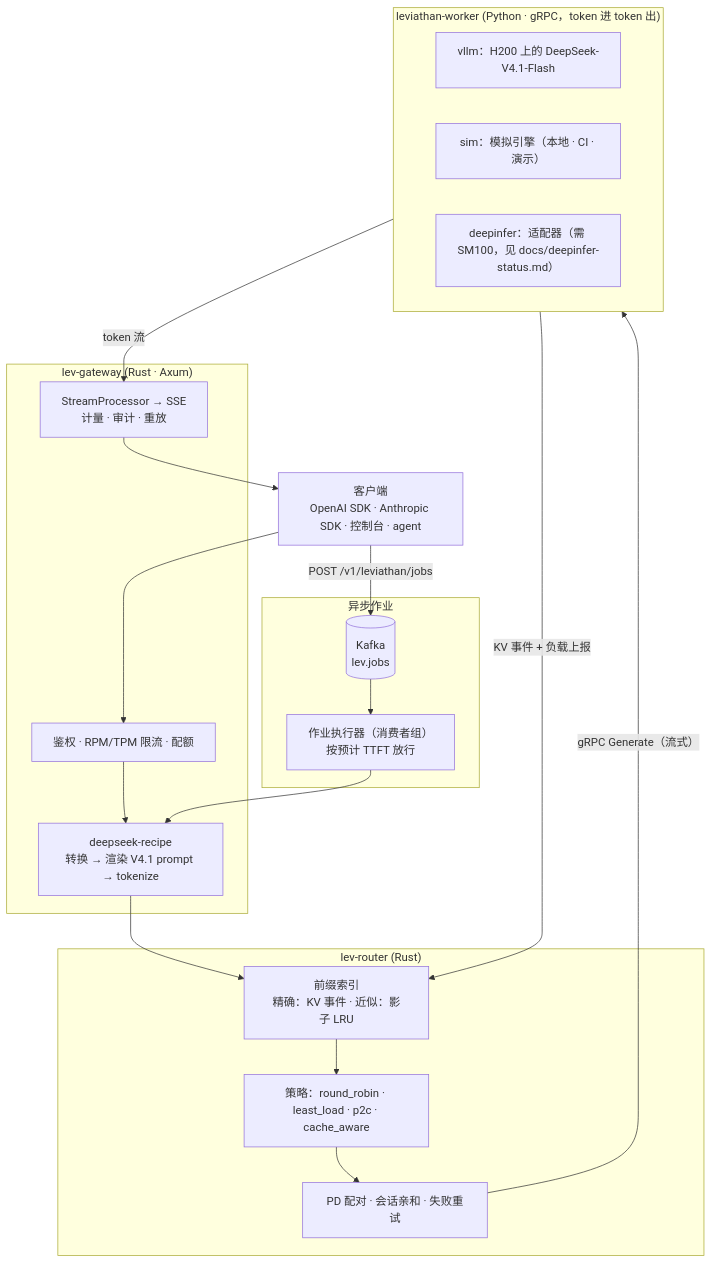
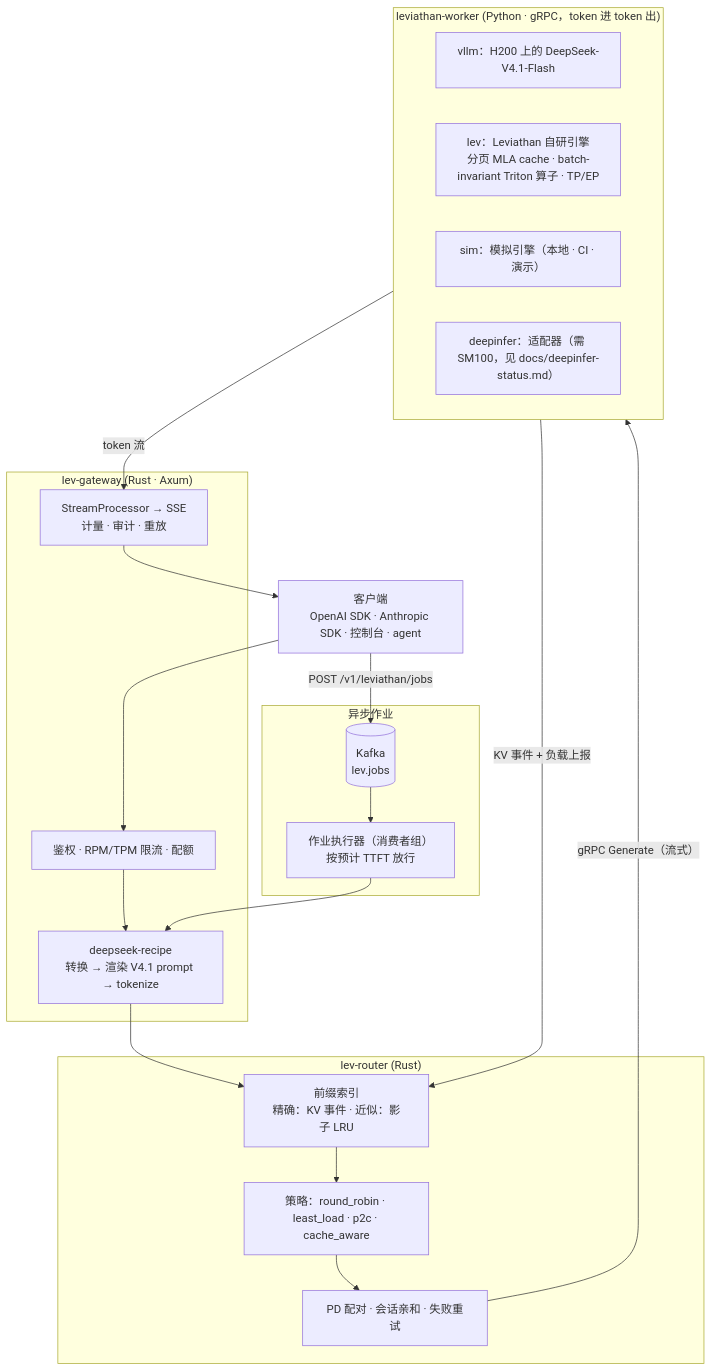
Before and after one commit to FufanLu/Inference-Framework-Agent-Based-on-DeepInfer: the diagram in README.zh.md, drawn with Mermaid. The commit also changed other lines of this file and 11 other files, not shown here.

````diff
--- a/README.zh.md
+++ b/README.zh.md
@@ -22,28 +22,29 @@
 ```mermaid
 flowchart TB
     C["客户端<br/>OpenAI SDK · Anthropic SDK · 控制台 · agent"]
     subgraph GW["lev-gateway (Rust · Axum)"]
         A["鉴权 · RPM/TPM 限流 · 配额"]
         R["deepseek-recipe<br/>转换 → 渲染 V4.1 prompt → tokenize"]
         S["StreamProcessor → SSE<br/>计量 · 审计 · 重放"]
     end
     subgraph RT["lev-router (Rust)"]
         I["前缀索引<br/>精确：KV 事件 · 近似：影子 LRU"]
         P["策略：round_robin · least_load · p2c · cache_aware"]
         D["PD 配对 · 会话亲和 · 失败重试"]
     end
     subgraph JQ["异步作业"]
         K[("Kafka<br/>lev.jobs")]
         J["作业执行器（消费者组）<br/>按预计 TTFT 放行"]
     end
     subgraph WK["leviathan-worker (Python · gRPC，token 进 token 出)"]
         V["vllm：H200 上的 DeepSeek-V4.1-Flash"]
+        L["lev：Leviathan 自研引擎<br/>分页 MLA cache · batch-invariant Triton 算子 · TP/EP"]
         M["sim：模拟引擎（本地 · CI · 演示）"]
         X["deepinfer：适配器（需 SM100，见 docs/deepinfer-status.md）"]
     end
     C --> A --> R --> I --> P --> D
     C -- "POST /v1/leviathan/jobs" --> K --> J --> R
     D -- "gRPC Generate（流式）" --> WK
     WK -- "KV 事件 + 负载上报" --> I
     WK -- "token 流" --> S --> C
 ```
````
